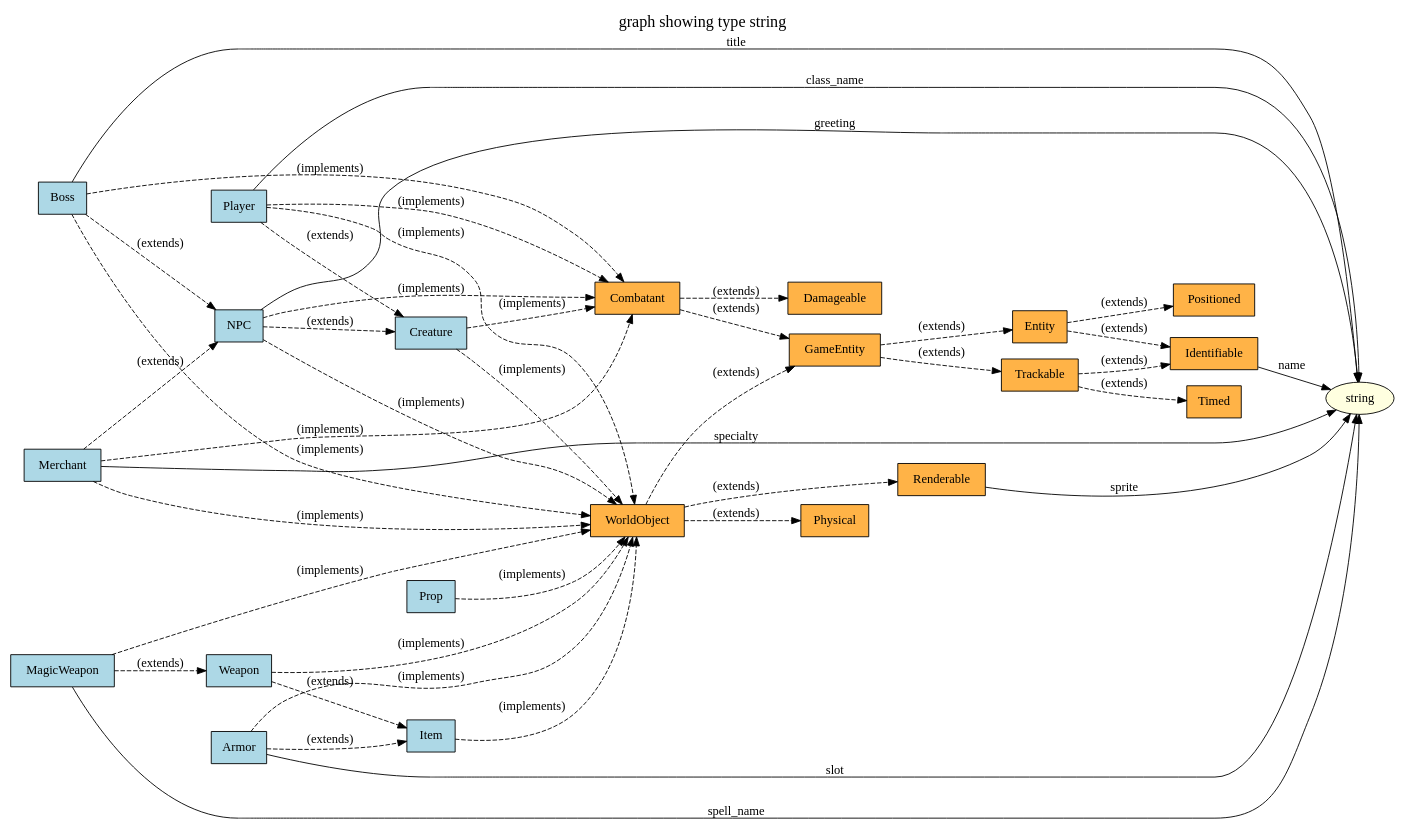
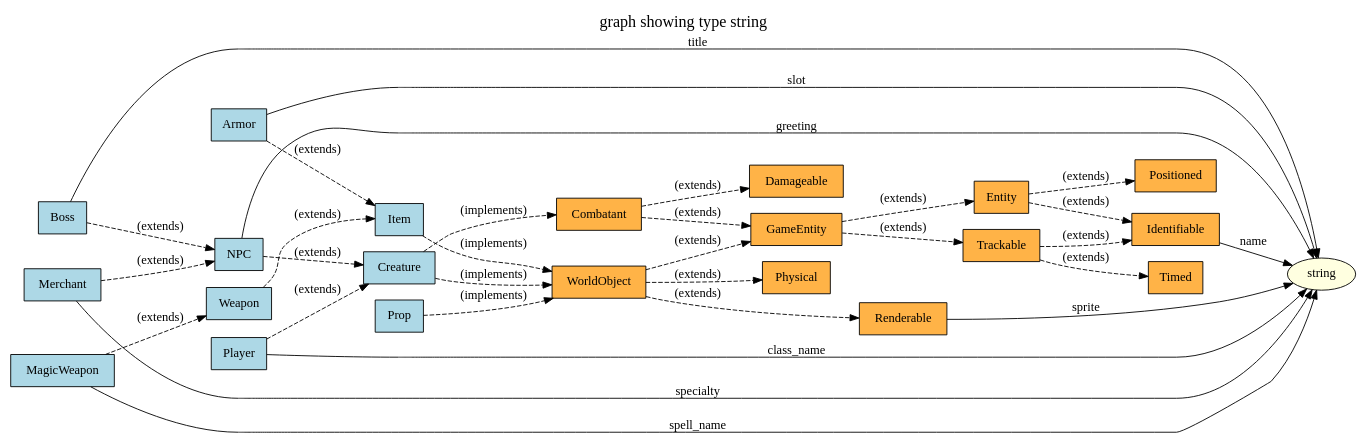
Before and after one commit to curious-machines/typed_tables: the diagram in scratch/graphs/examples/04-showing-string.dot, drawn with Graphviz. The commit also changed 79 other files, not shown here.

First line of the commit message:
Fix graph implements edges and path-to target expansion

```diff
--- a/scratch/graphs/examples/04-showing-string.dot
+++ b/scratch/graphs/examples/04-showing-string.dot
@@ -1,72 +1,61 @@
 digraph types {
     rankdir=LR;
     node [style=filled];
     label="graph showing type string";
     labelloc=t;
     fontsize=18;
 
     "Armor" [shape=box, fillcolor="#ADD8E6"];
     "Boss" [shape=box, fillcolor="#ADD8E6"];
     "Combatant" [shape=box, fillcolor="#FFB347"];
     "Creature" [shape=box, fillcolor="#ADD8E6"];
     "Damageable" [shape=box, fillcolor="#FFB347"];
     "Entity" [shape=box, fillcolor="#FFB347"];
     "GameEntity" [shape=box, fillcolor="#FFB347"];
     "Identifiable" [shape=box, fillcolor="#FFB347"];
     "Item" [shape=box, fillcolor="#ADD8E6"];
     "MagicWeapon" [shape=box, fillcolor="#ADD8E6"];
     "Merchant" [shape=box, fillcolor="#ADD8E6"];
     "NPC" [shape=box, fillcolor="#ADD8E6"];
     "Physical" [shape=box, fillcolor="#FFB347"];
     "Player" [shape=box, fillcolor="#ADD8E6"];
     "Positioned" [shape=box, fillcolor="#FFB347"];
     "Prop" [shape=box, fillcolor="#ADD8E6"];
     "Renderable" [shape=box, fillcolor="#FFB347"];
     "Timed" [shape=box, fillcolor="#FFB347"];
     "Trackable" [shape=box, fillcolor="#FFB347"];
     "Weapon" [shape=box, fillcolor="#ADD8E6"];
     "WorldObject" [shape=box, fillcolor="#FFB347"];
     "string" [shape=ellipse, fillcolor="#FFFFE0"];
 
     "Identifiable" -> "string" [label="name"];
     "Renderable" -> "string" [label="sprite"];
     "Armor" -> "string" [label="slot"];
     "NPC" -> "string" [label="greeting"];
     "Player" -> "string" [label="class_name"];
     "MagicWeapon" -> "string" [label="spell_name"];
     "Boss" -> "string" [label="title"];
     "Merchant" -> "string" [label="specialty"];
     "Entity" -> "Identifiable" [label="(extends)", style=dashed];
     "Entity" -> "Positioned" [label="(extends)", style=dashed];
     "Trackable" -> "Identifiable" [label="(extends)", style=dashed];
     "Trackable" -> "Timed" [label="(extends)", style=dashed];
     "GameEntity" -> "Entity" [label="(extends)", style=dashed];
     "GameEntity" -> "Trackable" [label="(extends)", style=dashed];
     "WorldObject" -> "GameEntity" [label="(extends)", style=dashed];
     "WorldObject" -> "Renderable" [label="(extends)", style=dashed];
     "WorldObject" -> "Physical" [label="(extends)", style=dashed];
     "Combatant" -> "GameEntity" [label="(extends)", style=dashed];
     "Combatant" -> "Damageable" [label="(extends)", style=dashed];
     "Item" -> "WorldObject" [label="(implements)", style=dashed];
     "Creature" -> "Combatant" [label="(implements)", style=dashed];
     "Creature" -> "WorldObject" [label="(implements)", style=dashed];
     "Prop" -> "WorldObject" [label="(implements)", style=dashed];
     "Weapon" -> "Item" [label="(extends)", style=dashed];
-    "Weapon" -> "WorldObject" [label="(implements)", style=dashed];
     "Armor" -> "Item" [label="(extends)", style=dashed];
-    "Armor" -> "WorldObject" [label="(implements)", style=dashed];
     "NPC" -> "Creature" [label="(extends)", style=dashed];
-    "NPC" -> "Combatant" [label="(implements)", style=dashed];
-    "NPC" -> "WorldObject" [label="(implements)", style=dashed];
     "Player" -> "Creature" [label="(extends)", style=dashed];
-    "Player" -> "Combatant" [label="(implements)", style=dashed];
-    "Player" -> "WorldObject" [label="(implements)", style=dashed];
     "MagicWeapon" -> "Weapon" [label="(extends)", style=dashed];
-    "MagicWeapon" -> "WorldObject" [label="(implements)", style=dashed];
     "Boss" -> "NPC" [label="(extends)", style=dashed];
-    "Boss" -> "Combatant" [label="(implements)", style=dashed];
-    "Boss" -> "WorldObject" [label="(implements)", style=dashed];
     "Merchant" -> "NPC" [label="(extends)", style=dashed];
-    "Merchant" -> "Combatant" [label="(implements)", style=dashed];
-    "Merchant" -> "WorldObject" [label="(implements)", style=dashed];
 }
```
